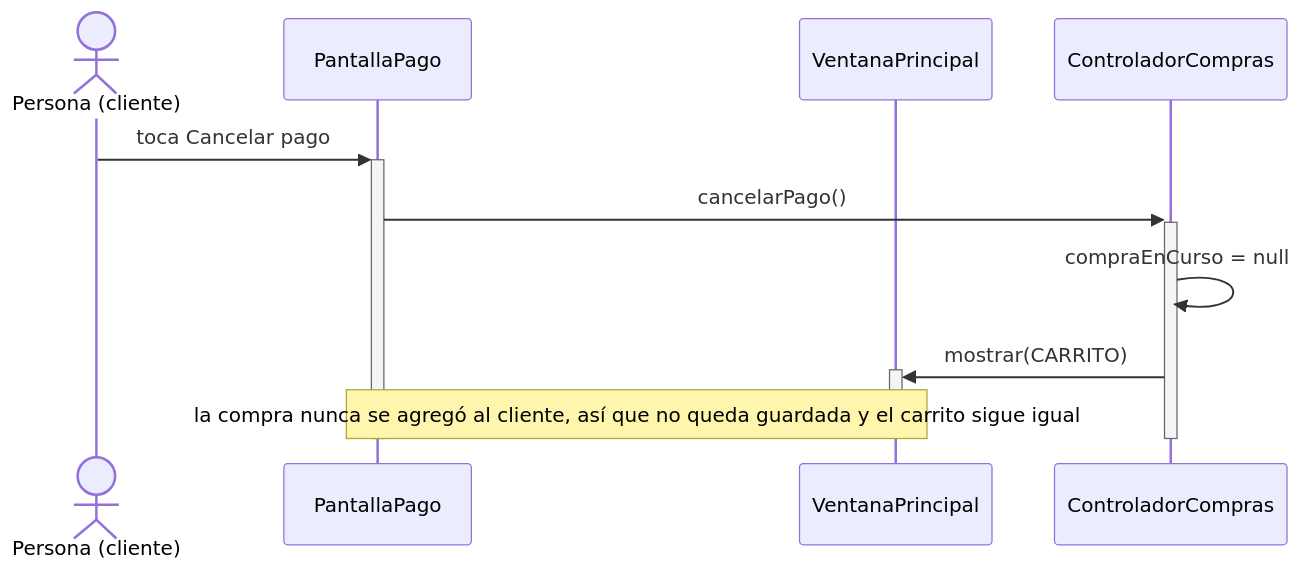
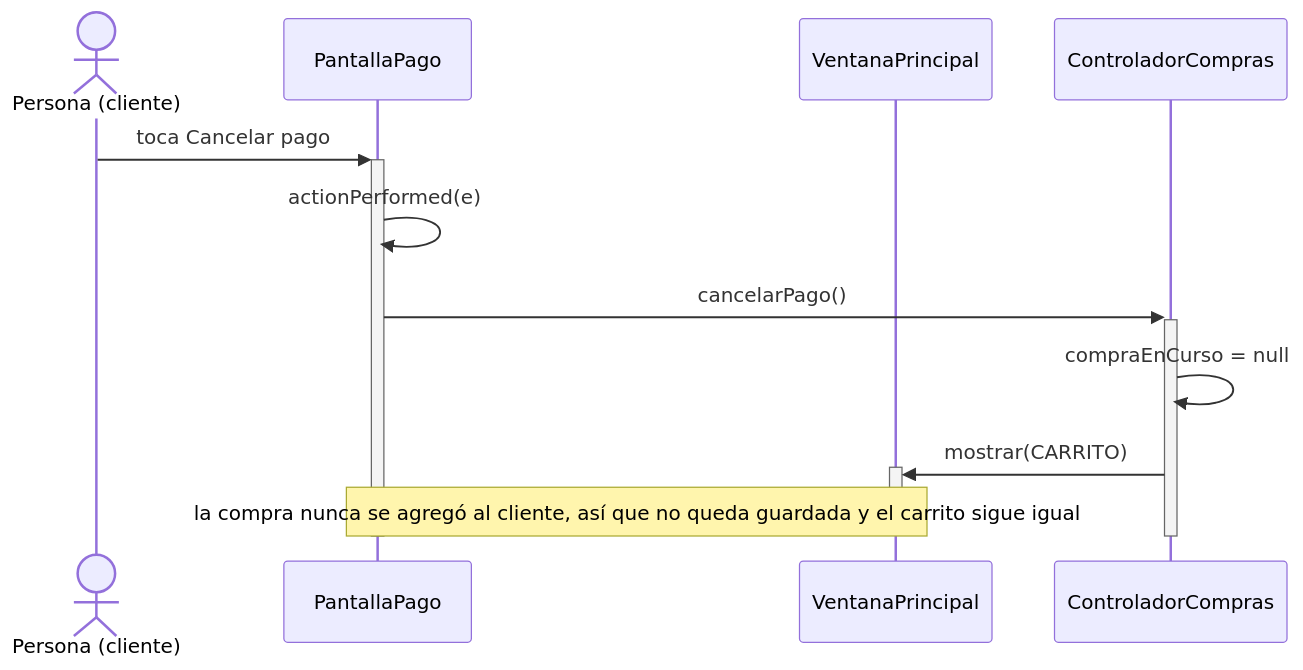
The third of 3 diagrams in docs/diseno/secuencias/CU10-confirmar-compra.md (AgustinSimonenco/gestion-eventos-musicales), drawn with Mermaid before and after one commit. The commit also changed other lines of this file and 11 other files, not shown here.

First line of the commit message:
Diagramas: cruce completo con el codigo y correcciones

````diff
--- a/docs/diseno/secuencias/CU10-confirmar-compra.md
+++ b/docs/diseno/secuencias/CU10-confirmar-compra.md
@@ -166,16 +169,17 @@
 ```mermaid
 sequenceDiagram
     actor U as Persona (cliente)
     participant P as PantallaPago
     participant V as VentanaPrincipal
     participant C as ControladorCompras
 
     U->>+P: toca Cancelar pago
+    P->>P: actionPerformed(e)
     P->>+C: cancelarPago()
     C->>C: compraEnCurso = null
     C->>+V: mostrar(CARRITO)
     deactivate V
     Note over P,V: la compra nunca se agregó al cliente, así que no queda guardada y el carrito sigue igual
     deactivate C
     deactivate P
 ```
````
